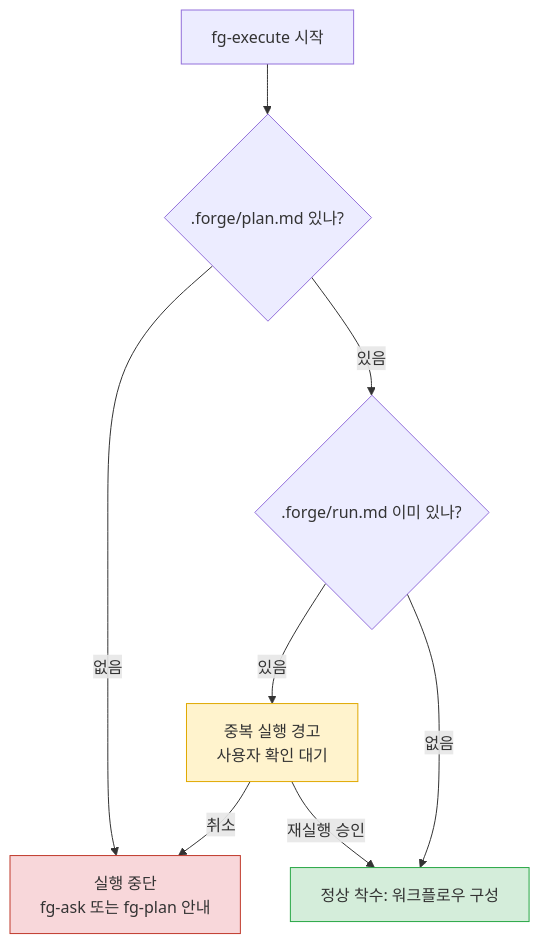
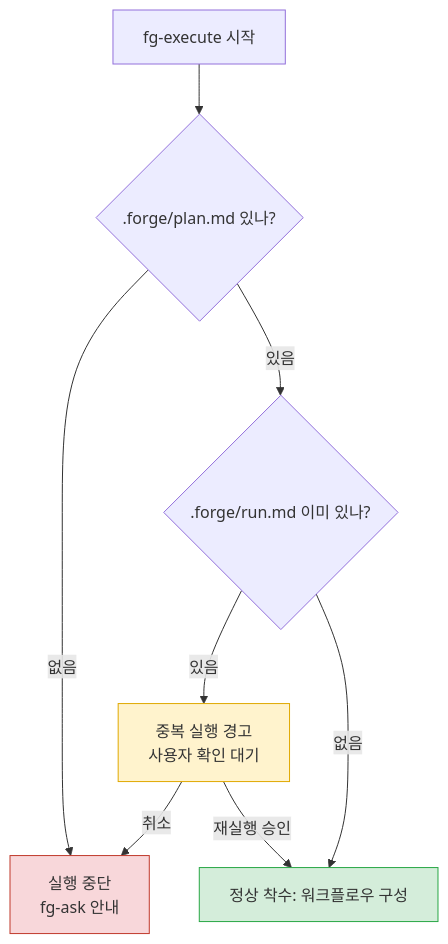
Before and after one commit to gyuha/forge: the diagram in skills/fg-execute/SKILL.md, drawn with Mermaid. The commit also changed other lines of this file and 9 other files, not shown here.

````diff
--- a/skills/fg-execute/SKILL.md
+++ b/skills/fg-execute/SKILL.md
@@ -22,14 +22,14 @@
 ```mermaid
 flowchart TD
     A[fg-execute 시작] --> B{.forge/plan.md 있나?}
-    B -- 없음 --> C[실행 중단<br/>fg-ask 또는 fg-plan 안내]
+    B -- 없음 --> C[실행 중단<br/>fg-ask 안내]
     B -- 있음 --> D{.forge/run.md 이미 있나?}
     D -- 있음 --> E[중복 실행 경고<br/>사용자 확인 대기]
     E -- 재실행 승인 --> F
     E -- 취소 --> C
     D -- 없음 --> F[정상 착수: 워크플로우 구성]
 
     style C fill:#f8d7da,stroke:#c0392b
     style E fill:#fff3cd,stroke:#e0a800
     style F fill:#d4edda,stroke:#28a745
 ```
````
